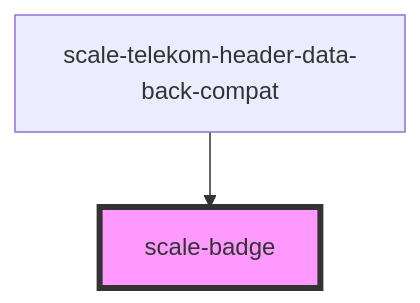
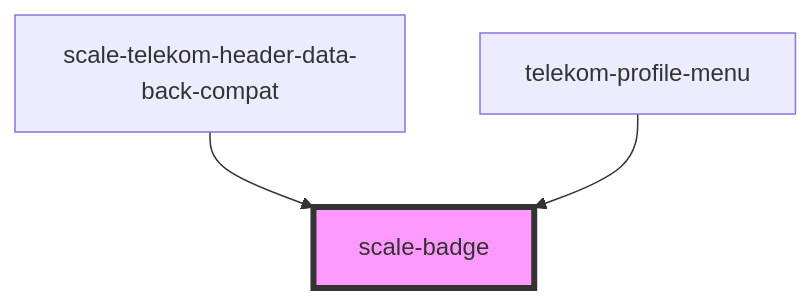
Before and after one commit to telekom/scale: the diagram in packages/components/src/components/badge/readme.md, drawn with Mermaid. The commit also changed other lines of this file and 33 other files, not shown here.

First line of the commit message:
feat(telekom-profile-menu): WIP (#2208)

````diff
--- a/packages/components/src/components/badge/readme.md
+++ b/packages/components/src/components/badge/readme.md
@@ -33,5 +34,6 @@
 ```mermaid
 graph TD;
   scale-telekom-header-data-back-compat --> scale-badge
+  telekom-profile-menu --> scale-badge
   style scale-badge fill:#f9f,stroke:#333,stroke-width:4px
 ```
````
